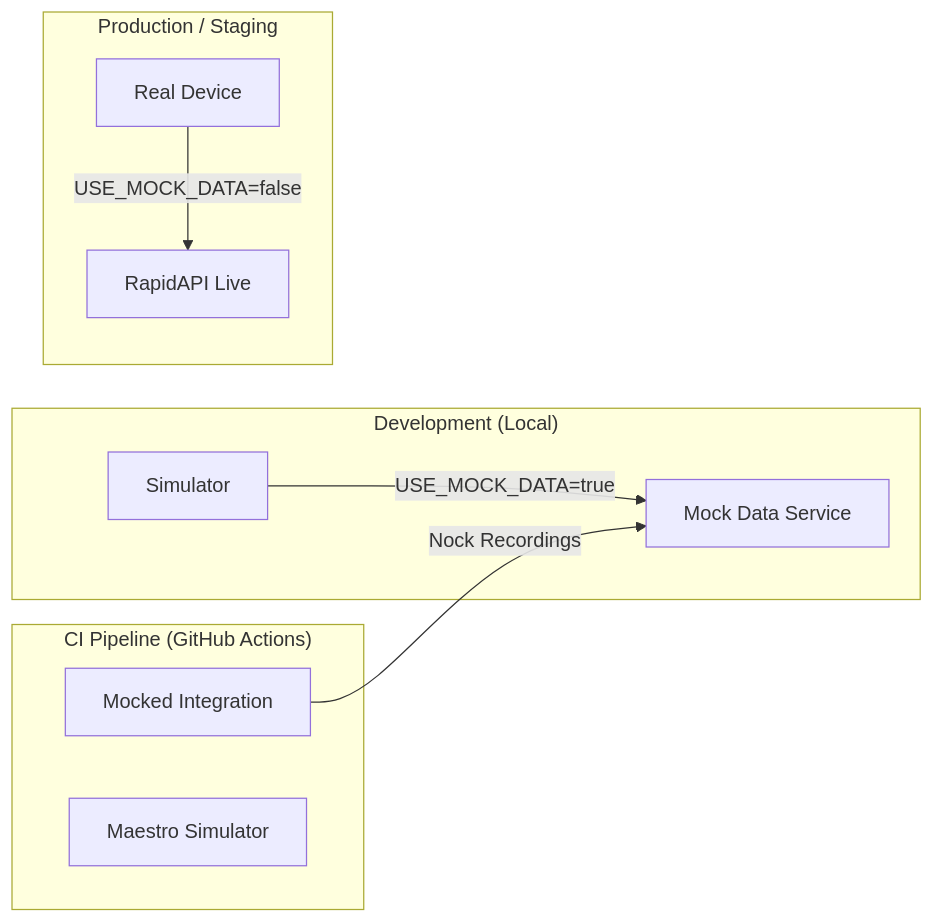
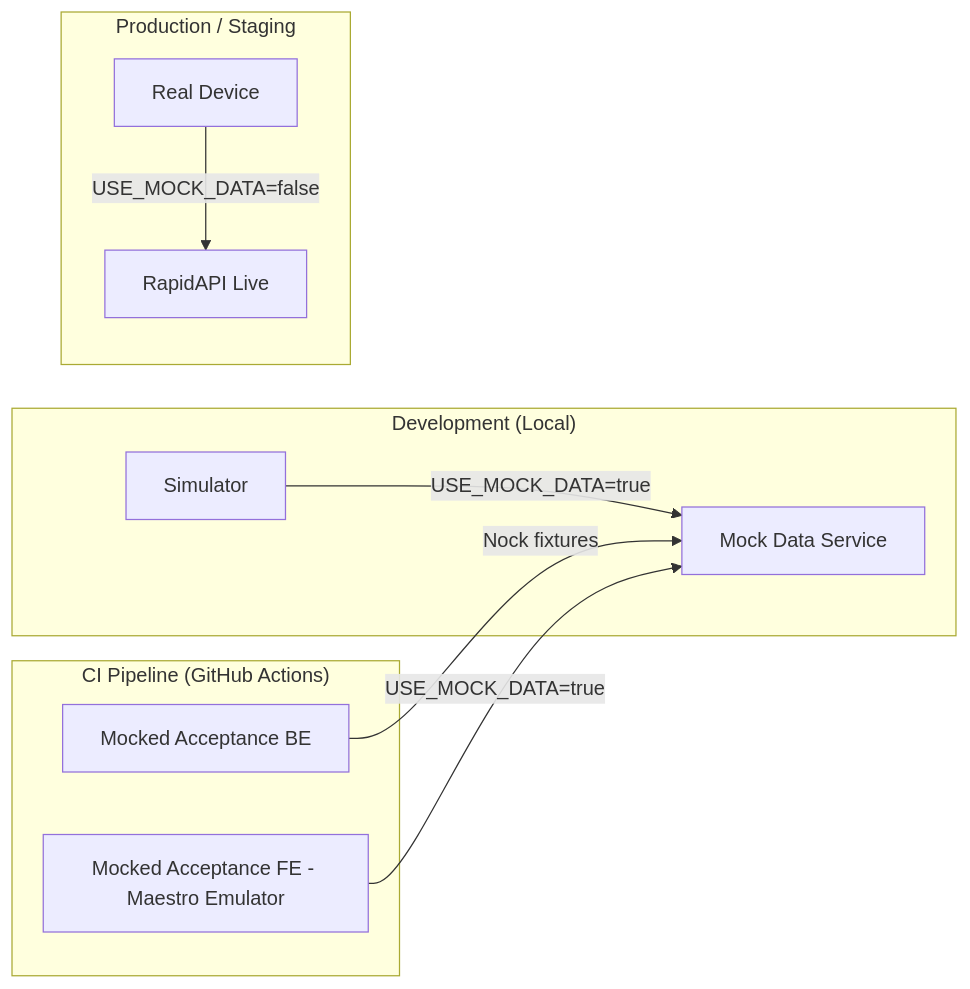
Before and after one commit to jarvisRam/ScoreBook: the diagram in docs/website/docs/testing/strategy.md, drawn with Mermaid. The commit also changed other lines of this file and 10 other files, not shown here.

````diff
--- a/docs/website/docs/testing/strategy.md
+++ b/docs/website/docs/testing/strategy.md
@@ -125,21 +68,22 @@
 ```mermaid
 flowchart LR
     subgraph Dev["Development (Local)"]
         Simulator
         Mock[Mock Data Service]
     end
 
     subgraph CI["CI Pipeline (GitHub Actions)"]
-        Job1[Mocked Integration]
-        Job2[Maestro Simulator]
+        Job1[Mocked Acceptance BE]
+        Job2[Mocked Acceptance FE - Maestro Emulator]
     end
-    
+
     subgraph Prod["Production / Staging"]
         Device[Real Device]
         RealAPI[RapidAPI Live]
     end
 
     Simulator -- "USE_MOCK_DATA=true" --> Mock
-    Job1 -- "Nock Recordings" --> Mock
+    Job1 -- "Nock fixtures" --> Mock
+    Job2 -- "USE_MOCK_DATA=true" --> Mock
     Device -- "USE_MOCK_DATA=false" --> RealAPI
 ```
````
